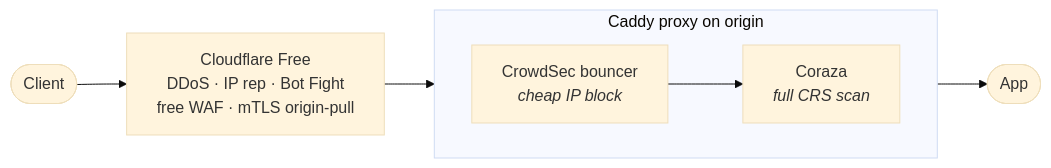
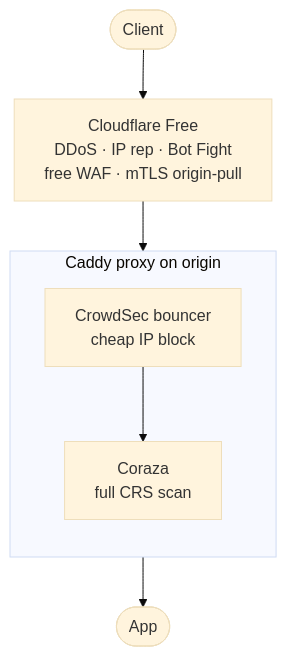
One commit to oddur/yoink changed the diagram in docs/content/docs/how-to/defense-in-depth.md. Above: the diagram before and after it, drawn with Mermaid (base theme). The commit also changed 1 other file, not shown here.

Commit message:
docs: fix wide mermaid diagrams — TB subgraph direction

````diff
--- a/docs/content/docs/how-to/defense-in-depth.md
+++ b/docs/content/docs/how-to/defense-in-depth.md
@@ -13,12 +13,12 @@
 ```mermaid
-flowchart LR
+flowchart TB
     Client([Client])
     CF["Cloudflare Free<br/>DDoS · IP rep · Bot Fight<br/>free WAF · mTLS origin-pull"]
     subgraph Caddy["Caddy proxy on origin"]
-        direction LR
-        CS["CrowdSec bouncer<br/><i>cheap IP block</i>"] --> Cor["Coraza<br/><i>full CRS scan</i>"]
+        direction TB
+        CS["CrowdSec bouncer<br/>cheap IP block"] --> Cor["Coraza<br/>full CRS scan"]
     end
     App([App])
     Client --> CF --> CS
     Cor --> App
 ```
````
